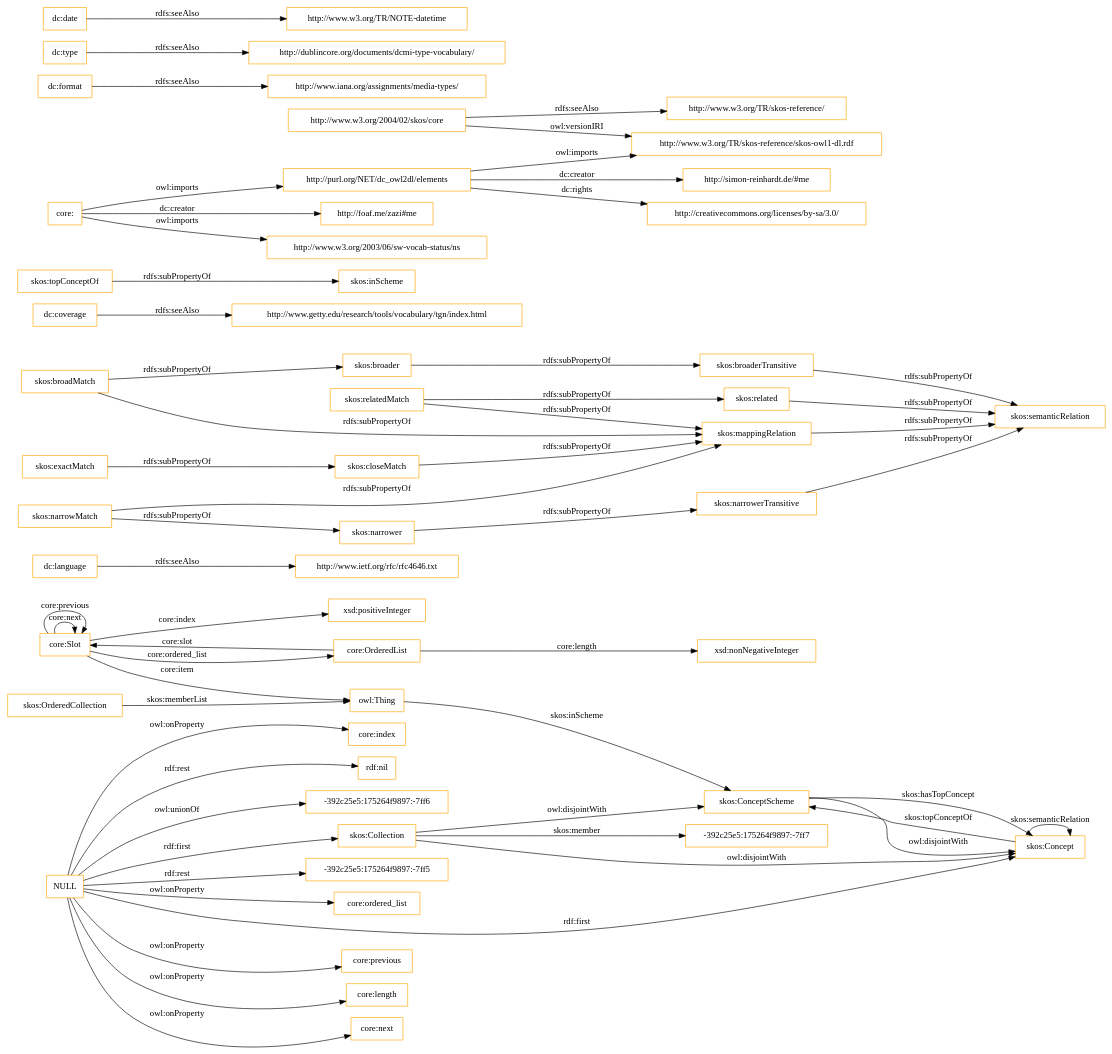
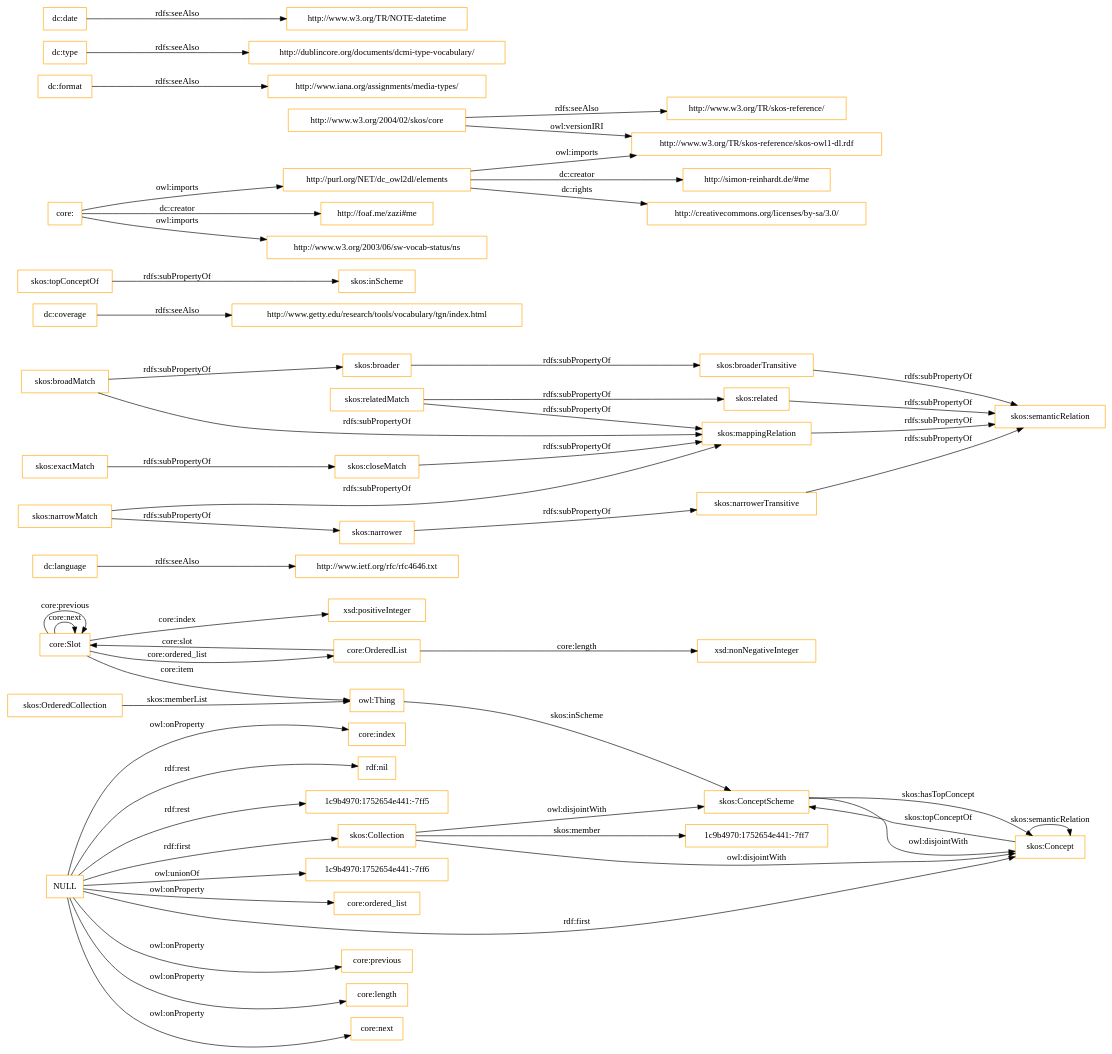
One commit to OnToologyUser/core-ontology-1 changed the diagram in OnToology/imports/core.owl/diagrams/ar2dtool-class/core.owl.png.dot. Above: the diagram before and after it, drawn with Graphviz. The commit also changed 14 other files, not shown here.

```diff
--- a/OnToology/imports/core.owl/diagrams/ar2dtool-class/core.owl.png.dot
+++ b/OnToology/imports/core.owl/diagrams/ar2dtool-class/core.owl.png.dot
@@ -1,60 +1,60 @@
 digraph ar2dtool_diagram { 
 rankdir=LR;
 size="1501"
-node [shape = rectangle, color="orange"]; "core:Slot" "core:OrderedList" "-392c25e5:175264f9897:-7ff7" "skos:OrderedCollection" "skos:Collection" "skos:ConceptScheme" "skos:Concept" ; /*classes style*/
+node [shape = rectangle, color="orange"]; "core:Slot" "core:OrderedList" "1c9b4970:1752654e441:-7ff7" "skos:OrderedCollection" "skos:Collection" "skos:ConceptScheme" "skos:Concept" ; /*classes style*/
 	"dc:language" -> "http://www.ietf.org/rfc/rfc4646.txt" [ label = "rdfs:seeAlso" ];
 	"NULL" -> "core:previous" [ label = "owl:onProperty" ];
 	"NULL" -> "core:length" [ label = "owl:onProperty" ];
 	"NULL" -> "skos:Concept" [ label = "rdf:first" ];
 	"NULL" -> "core:next" [ label = "owl:onProperty" ];
 	"NULL" -> "core:index" [ label = "owl:onProperty" ];
 	"NULL" -> "rdf:nil" [ label = "rdf:rest" ];
-	"NULL" -> "-392c25e5:175264f9897:-7ff6" [ label = "owl:unionOf" ];
-	"NULL" -> "-392c25e5:175264f9897:-7ff5" [ label = "rdf:rest" ];
+	"NULL" -> "1c9b4970:1752654e441:-7ff5" [ label = "rdf:rest" ];
+	"NULL" -> "1c9b4970:1752654e441:-7ff6" [ label = "owl:unionOf" ];
 	"NULL" -> "core:ordered_list" [ label = "owl:onProperty" ];
 	"NULL" -> "skos:Collection" [ label = "rdf:first" ];
 	"skos:closeMatch" -> "skos:mappingRelation" [ label = "rdfs:subPropertyOf" ];
 	"dc:coverage" -> "http://www.getty.edu/research/tools/vocabulary/tgn/index.html" [ label = "rdfs:seeAlso" ];
 	"skos:relatedMatch" -> "skos:related" [ label = "rdfs:subPropertyOf" ];
 	"skos:relatedMatch" -> "skos:mappingRelation" [ label = "rdfs:subPropertyOf" ];
 	"skos:ConceptScheme" -> "skos:Concept" [ label = "owl:disjointWith" ];
 	"skos:related" -> "skos:semanticRelation" [ label = "rdfs:subPropertyOf" ];
 	"skos:topConceptOf" -> "skos:inScheme" [ label = "rdfs:subPropertyOf" ];
 	"skos:broadMatch" -> "skos:broader" [ label = "rdfs:subPropertyOf" ];
 	"skos:broadMatch" -> "skos:mappingRelation" [ label = "rdfs:subPropertyOf" ];
 	"http://purl.org/NET/dc_owl2dl/elements" -> "http://www.w3.org/TR/skos-reference/skos-owl1-dl.rdf" [ label = "owl:imports" ];
 	"http://purl.org/NET/dc_owl2dl/elements" -> "http://creativecommons.org/licenses/by-sa/3.0/" [ label = "dc:rights" ];
 	"http://purl.org/NET/dc_owl2dl/elements" -> "http://simon-reinhardt.de/#me" [ label = "dc:creator" ];
 	"skos:exactMatch" -> "skos:closeMatch" [ label = "rdfs:subPropertyOf" ];
 	"dc:format" -> "http://www.iana.org/assignments/media-types/" [ label = "rdfs:seeAlso" ];
 	"core:" -> "http://foaf.me/zazi#me" [ label = "dc:creator" ];
 	"core:" -> "http://www.w3.org/2003/06/sw-vocab-status/ns" [ label = "owl:imports" ];
 	"core:" -> "http://purl.org/NET/dc_owl2dl/elements" [ label = "owl:imports" ];
 	"skos:broaderTransitive" -> "skos:semanticRelation" [ label = "rdfs:subPropertyOf" ];
 	"skos:mappingRelation" -> "skos:semanticRelation" [ label = "rdfs:subPropertyOf" ];
 	"skos:broader" -> "skos:broaderTransitive" [ label = "rdfs:subPropertyOf" ];
 	"dc:type" -> "http://dublincore.org/documents/dcmi-type-vocabulary/" [ label = "rdfs:seeAlso" ];
 	"http://www.w3.org/2004/02/skos/core" -> "http://www.w3.org/TR/skos-reference/skos-owl1-dl.rdf" [ label = "owl:versionIRI" ];
 	"http://www.w3.org/2004/02/skos/core" -> "http://www.w3.org/TR/skos-reference/" [ label = "rdfs:seeAlso" ];
 	"skos:Collection" -> "skos:ConceptScheme" [ label = "owl:disjointWith" ];
 	"skos:Collection" -> "skos:Concept" [ label = "owl:disjointWith" ];
 	"skos:narrowMatch" -> "skos:narrower" [ label = "rdfs:subPropertyOf" ];
 	"skos:narrowMatch" -> "skos:mappingRelation" [ label = "rdfs:subPropertyOf" ];
 	"skos:narrower" -> "skos:narrowerTransitive" [ label = "rdfs:subPropertyOf" ];
 	"dc:date" -> "http://www.w3.org/TR/NOTE-datetime" [ label = "rdfs:seeAlso" ];
 	"skos:narrowerTransitive" -> "skos:semanticRelation" [ label = "rdfs:subPropertyOf" ];
 	"core:Slot" -> "xsd:positiveInteger" [ label = "core:index" ];
 	"skos:Concept" -> "skos:ConceptScheme" [ label = "skos:topConceptOf" ];
 	"core:Slot" -> "owl:Thing" [ label = "core:item" ];
 	"core:OrderedList" -> "xsd:nonNegativeInteger" [ label = "core:length" ];
 	"core:OrderedList" -> "core:Slot" [ label = "core:slot" ];
-	"skos:Collection" -> "-392c25e5:175264f9897:-7ff7" [ label = "skos:member" ];
+	"skos:Collection" -> "1c9b4970:1752654e441:-7ff7" [ label = "skos:member" ];
 	"core:Slot" -> "core:Slot" [ label = "core:next" ];
 	"skos:ConceptScheme" -> "skos:Concept" [ label = "skos:hasTopConcept" ];
 	"owl:Thing" -> "skos:ConceptScheme" [ label = "skos:inScheme" ];
 	"core:Slot" -> "core:Slot" [ label = "core:previous" ];
 	"skos:OrderedCollection" -> "owl:Thing" [ label = "skos:memberList" ];
 	"skos:Concept" -> "skos:Concept" [ label = "skos:semanticRelation" ];
 	"core:Slot" -> "core:OrderedList" [ label = "core:ordered_list" ];
 
 }
```
